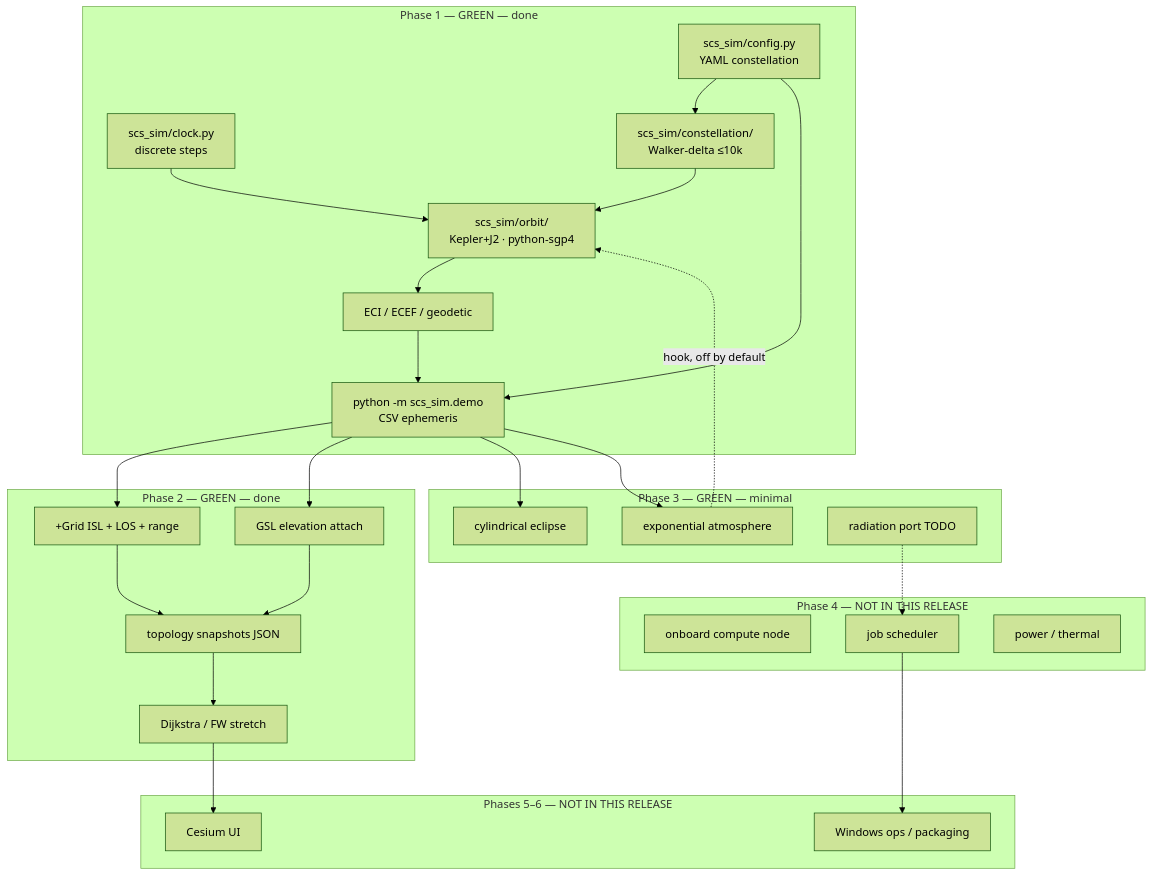
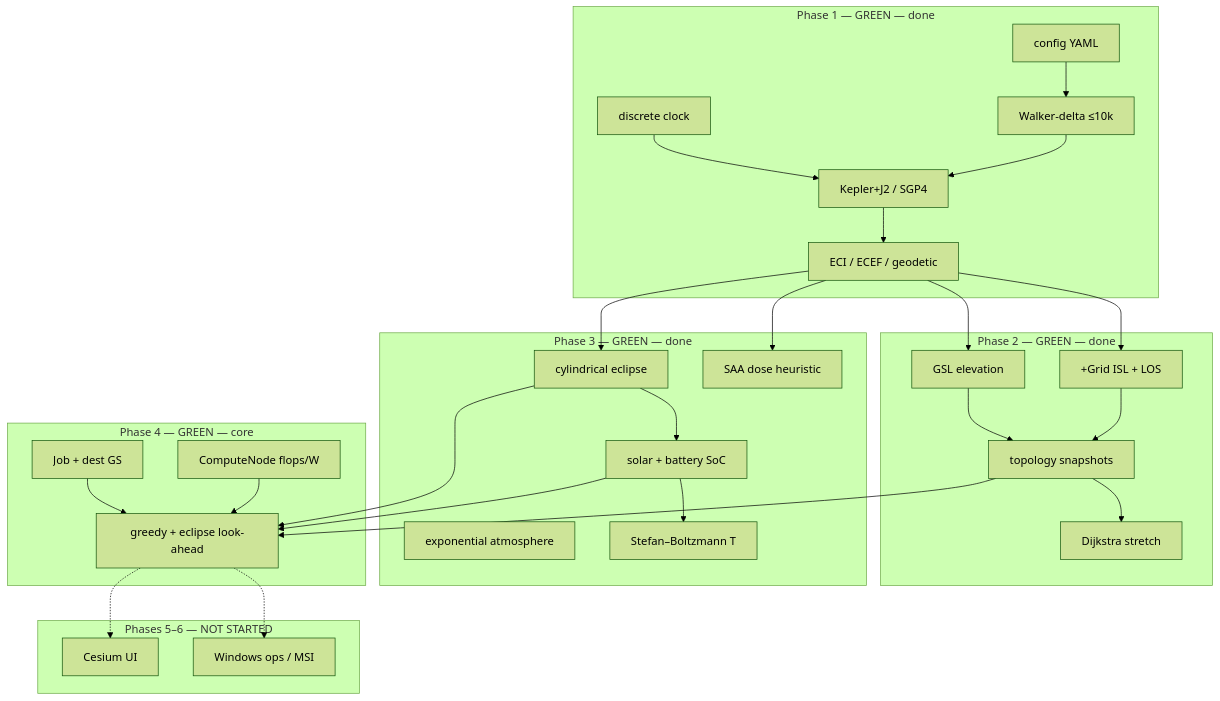
One commit to XuqiangL/scs-sim changed the diagram in docs/ARCHITECTURE.md. Above: the diagram before and after it, drawn with Mermaid (forest theme). The commit also changed other lines of this file and 23 other files, not shown here.

First line of the commit message:
Phase 3 power/thermal/SAA and Phase 4 compute scheduler.

````diff
--- a/docs/ARCHITECTURE.md
+++ b/docs/ARCHITECTURE.md
@@ -13,53 +13,52 @@
 ```mermaid
 flowchart TB
     subgraph P1["Phase 1 — GREEN — done"]
-        CFG["scs_sim/config.py<br/>YAML constellation"]
-        CLK["scs_sim/clock.py<br/>discrete steps"]
-        WAL["scs_sim/constellation/<br/>Walker-delta ≤10k"]
-        ORB["scs_sim/orbit/<br/>Kepler+J2 · python-sgp4"]
+        CFG["config YAML"]
+        CLK["discrete clock"]
+        WAL["Walker-delta ≤10k"]
+        ORB["Kepler+J2 / SGP4"]
         FRM["ECI / ECEF / geodetic"]
-        DEM["python -m scs_sim.demo<br/>CSV ephemeris"]
-        CFG --> WAL
-        WAL --> ORB
-        CLK --> ORB
-        ORB --> FRM
-        FRM --> DEM
-        CFG --> DEM
     end
 
     subgraph P2["Phase 2 — GREEN — done"]
-        ISL["+Grid ISL + LOS + range"]
-        GSL["GSL elevation attach"]
-        TOP["topology snapshots JSON"]
-        RTE["Dijkstra / FW stretch"]
+        ISL["+Grid ISL + LOS"]
+        GSL["GSL elevation"]
+        TOP["topology snapshots"]
+        RTE["Dijkstra stretch"]
     end
 
-    subgraph P3["Phase 3 — GREEN — minimal"]
+    subgraph P3["Phase 3 — GREEN — done"]
+        ECL["cylindrical eclipse"]
         ATM["exponential atmosphere"]
-        ECL["cylindrical eclipse"]
-        RAD["radiation port TODO"]
+        PWR["solar + battery SoC"]
+        THM["Stefan–Boltzmann T"]
+        RAD["SAA dose heuristic"]
     end
 
-    subgraph P4["Phase 4 — NOT IN THIS RELEASE"]
-        NOD["onboard compute node"]
-        SCH["job scheduler"]
-        PWR["power / thermal"]
+    subgraph P4["Phase 4 — GREEN — core"]
+        NOD["ComputeNode flops/W"]
+        JOB["Job + dest GS"]
+        SCH["greedy + eclipse look-ahead"]
     end
 
-    subgraph P56["Phases 5–6 — NOT IN THIS RELEASE"]
+    subgraph P56["Phases 5–6 — NOT STARTED"]
         UI["Cesium UI"]
-        OPS["Windows ops / packaging"]
+        OPS["Windows ops / MSI"]
     end
 
-    DEM --> ISL
-    DEM --> GSL
-    ISL --> TOP
-    GSL --> TOP
+    CFG --> WAL --> ORB --> FRM
+    CLK --> ORB
+    FRM --> ISL --> TOP
+    FRM --> GSL --> TOP
     TOP --> RTE
-    DEM --> ECL
-    DEM --> ATM
-    ATM -.->|hook, off by default| ORB
-    RAD -.-> SCH
-    RTE --> UI
-    SCH --> OPS
+    FRM --> ECL --> PWR
+    PWR --> THM
+    FRM --> RAD
+    PWR --> SCH
+    ECL --> SCH
+    TOP --> SCH
+    NOD --> SCH
+    JOB --> SCH
+    SCH -.-> UI
+    SCH -.-> OPS
 ```
````
